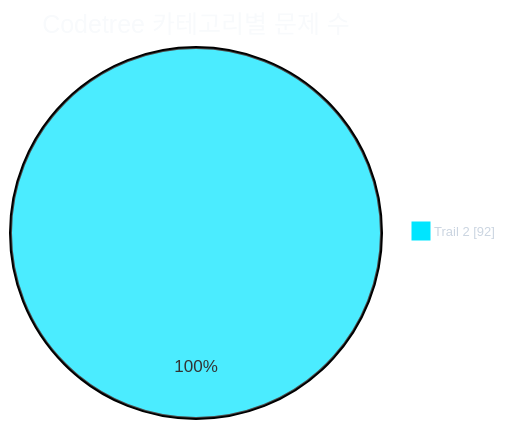
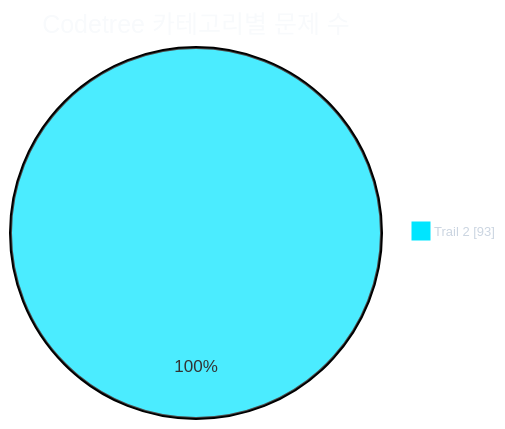
One commit to CHOOSLA/Algorithm changed the first of 2 diagrams in readme.md. Above: the diagram before and after it, drawn with Mermaid. The commit also changed other lines of this file and 2 other files, not shown here.

````diff
--- a/readme.md
+++ b/readme.md
@@ -31,21 +31,21 @@
 ```mermaid
 ---
 config:
   theme: base
   themeVariables:
     background: '#0d1117'
     pieTitleTextColor: '#f8fafc'
     pieLegendTextColor: '#cbd5e1'
     pieLegendTextSize: '13px'
     pie1: '#00e5ff'
     pie2: '#22c55e'
     pie3: '#f59e0b'
     pie4: '#a855f7'
     pie5: '#ec4899'
     pie6: '#3b82f6'
     pie7: '#64748b'
 ---
 pie showData
   title Codetree 카테고리별 문제 수
-  "Trail 2" : 92
+  "Trail 2" : 93
 ```
````
